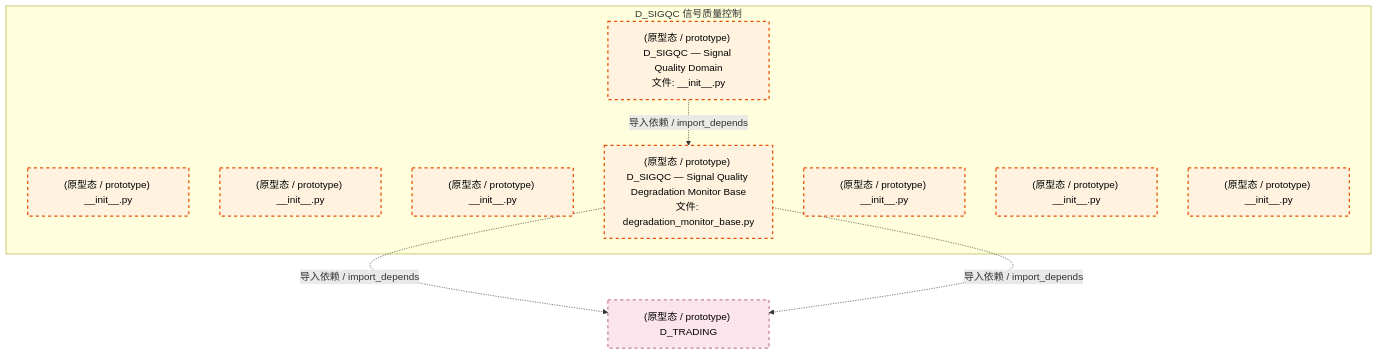
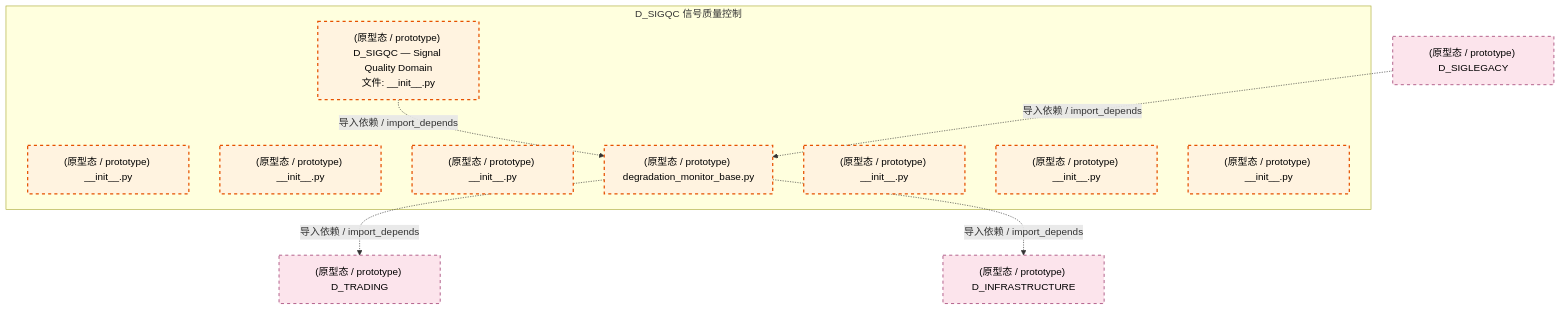
Before and after one commit to xuanFelixVan/ZephyrAlpha: the first of 3 diagrams in docs/02_enterprise_architecture/02_domain_architecture_docs/56_d_sigqc.md, drawn with Mermaid. The commit also changed other lines of this file and 126 other files, not shown here.

````diff
--- a/docs/02_enterprise_architecture/02_domain_architecture_docs/56_d_sigqc.md
+++ b/docs/02_enterprise_architecture/02_domain_architecture_docs/56_d_sigqc.md
@@ -71,23 +71,26 @@
 ```mermaid
 graph TD
     subgraph D_SIGQC["D_SIGQC 信号质量控制"]
         src_zephyr_signal_quality_init_py["(原型态 / prototype) D_SIGQC — Signal Quality Domain<br/>文件: __init__.py"]
         src_zephyr_signal_quality_extensions_init_py["(原型态 / prototype) __init__.py"]
         src_zephyr_signal_quality_api_init_py["(原型态 / prototype) __init__.py"]
         src_zephyr_signal_quality_core_init_py["(原型态 / prototype) __init__.py"]
-        src_zephyr_signal_quality_degradation_monitor_base_py["(原型态 / prototype) D_SIGQC — Signal Quality Degradation Monitor Base<br/>文件: degradation_monitor_base.py"]
+        src_zephyr_signal_quality_degradation_monitor_base_py["(原型态 / prototype) degradation_monitor_base.py"]
         src_zephyr_signal_quality_infrastructure_init_py["(原型态 / prototype) __init__.py"]
         src_zephyr_signal_quality_models_init_py["(原型态 / prototype) __init__.py"]
         src_zephyr_signal_quality_services_init_py["(原型态 / prototype) __init__.py"]
     end
     src_zephyr_signal_quality_init_py -.->|导入依赖 / import_depends| src_zephyr_signal_quality_degradation_monitor_base_py
     D_TRADING["(原型态 / prototype) D_TRADING"]
     src_zephyr_signal_quality_degradation_monitor_base_py -.->|导入依赖 / import_depends| D_TRADING
-    src_zephyr_signal_quality_degradation_monitor_base_py -.->|导入依赖 / import_depends| D_TRADING
+    D_INFRASTRUCTURE["(原型态 / prototype) D_INFRASTRUCTURE"]
+    src_zephyr_signal_quality_degradation_monitor_base_py -.->|导入依赖 / import_depends| D_INFRASTRUCTURE
+    D_SIGLEGACY["(原型态 / prototype) D_SIGLEGACY"]
+    D_SIGLEGACY -.->|导入依赖 / import_depends| src_zephyr_signal_quality_degradation_monitor_base_py
     classDef production fill:#e1f5fe,stroke:#01579b,stroke-width:2px,color:#000
     classDef design fill:#fff3e0,stroke:#e65100,stroke-width:2px,color:#000,stroke-dasharray: 5 5
     classDef external_prod fill:#e8f5e9,stroke:#1b5e20,stroke-width:1px,color:#000
     classDef external_design fill:#fce4ec,stroke:#880e4f,stroke-width:1px,color:#000,stroke-dasharray: 5 5
     class src_zephyr_signal_quality_init_py,src_zephyr_signal_quality_extensions_init_py,src_zephyr_signal_quality_api_init_py,src_zephyr_signal_quality_core_init_py,src_zephyr_signal_quality_degradation_monitor_base_py,src_zephyr_signal_quality_infrastructure_init_py,src_zephyr_signal_quality_models_init_py,src_zephyr_signal_quality_services_init_py design
-    class D_TRADING external_design
+    class D_TRADING,D_INFRASTRUCTURE,D_SIGLEGACY external_design
 ```
````
